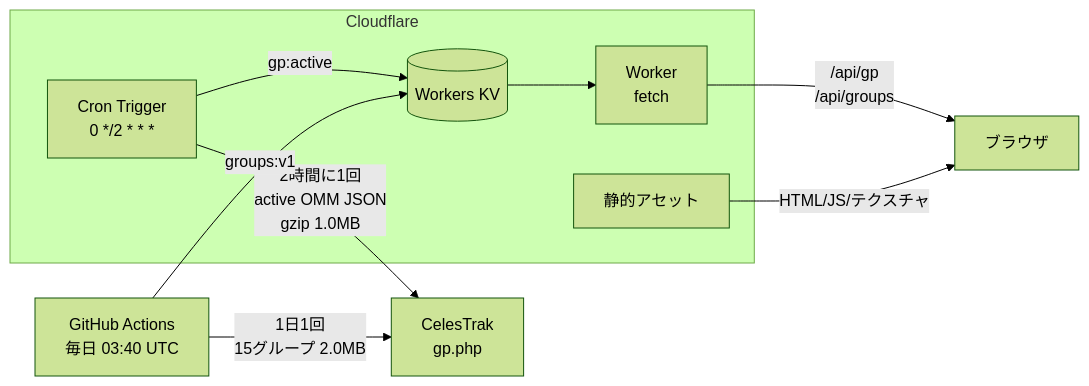
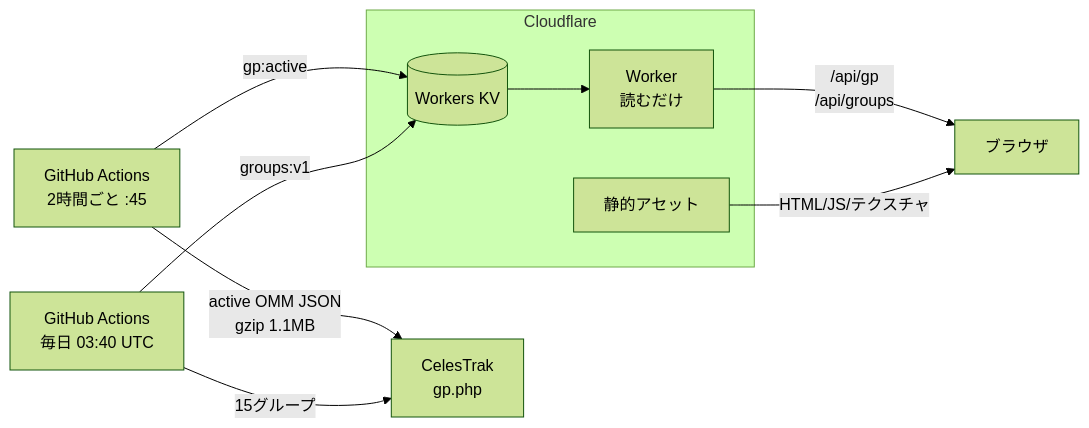
One commit to minerjirou/Satellite-Tracker changed the diagram in docs/衛星トラッカー制作記録.md. Above: the diagram before and after it, drawn with Mermaid (forest theme). The commit also changed other lines of this file and 6 other files, not shown here.

First line of the commit message:
定期取得を Cloudflare Cron から GitHub Actions へ移す

````diff
--- a/docs/衛星トラッカー制作記録.md
+++ b/docs/衛星トラッカー制作記録.md
@@ -158,20 +158,20 @@
 ```mermaid
 flowchart LR
     CT[CelesTrak<br/>gp.php]
     subgraph CF[Cloudflare]
-        CRON[Cron Trigger<br/>0 */2 * * *]
         KV[(Workers KV)]
-        W[Worker<br/>fetch]
+        W[Worker<br/>読むだけ]
         A[静的アセット]
     end
-    GA[GitHub Actions<br/>毎日 03:40 UTC]
+    GA1[GitHub Actions<br/>2時間ごと :45]
+    GA2[GitHub Actions<br/>毎日 03:40 UTC]
     B[ブラウザ]
 
-    CRON -->|2時間に1回<br/>active OMM JSON<br/>gzip 1.0MB| CT
-    CRON -->|gp:active| KV
-    GA -->|1日1回<br/>15グループ 2.0MB| CT
-    GA -->|groups:v1| KV
+    GA1 -->|active OMM JSON<br/>gzip 1.1MB| CT
+    GA1 -->|gp:active| KV
+    GA2 -->|15グループ| CT
+    GA2 -->|groups:v1| KV
     KV --> W
     W -->|/api/gp<br/>/api/groups| B
     A -->|HTML/JS/テクスチャ| B
 ```
````
